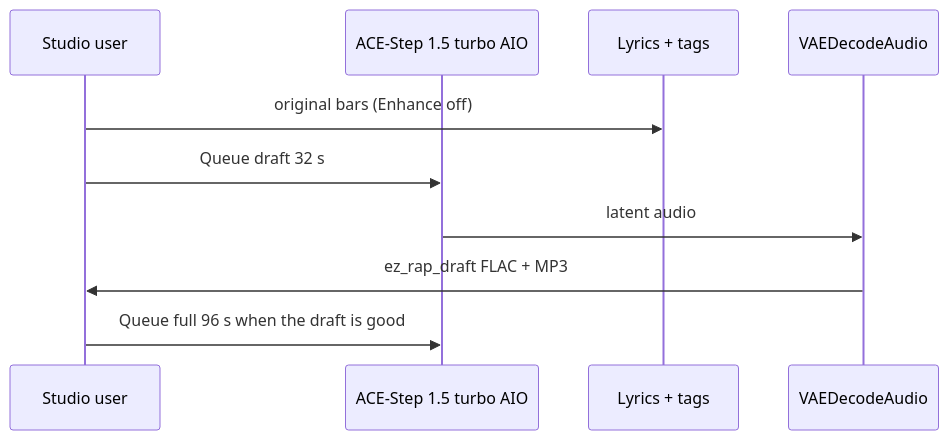
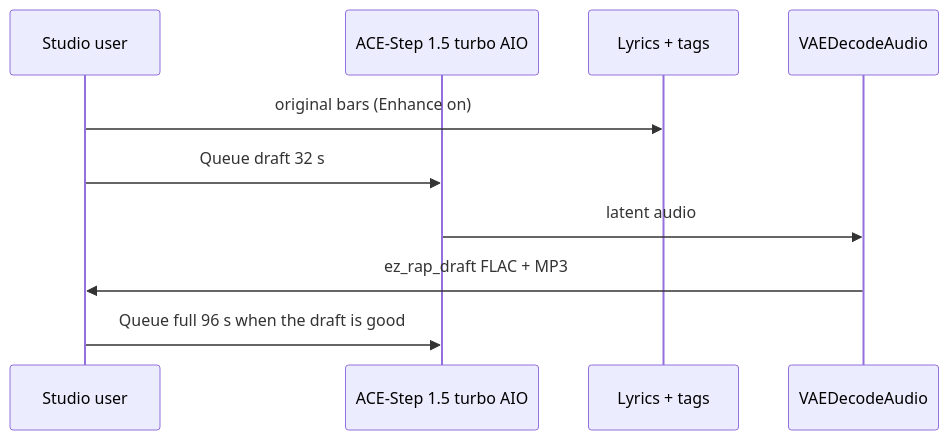
The diagram in docs/music.md (toxicoder/ez-comfy-stack), drawn with Mermaid before and after one commit. The commit also changed other lines of this file and 109 other files, not shown here.

````diff
--- a/docs/music.md
+++ b/docs/music.md
@@ -31,13 +31,13 @@
 ```mermaid
 sequenceDiagram
   participant U as Studio user
   participant C as ACE-Step 1.5 turbo AIO
   participant L as Lyrics + tags
   participant D as VAEDecodeAudio
 
-  U->>L: original bars (Enhance off)
+  U->>L: original bars (Enhance on)
   U->>C: Queue draft 32 s
   C->>D: latent audio
   D->>U: ez_rap_draft FLAC + MP3
   U->>C: Queue full 96 s when the draft is good
 ```
````
